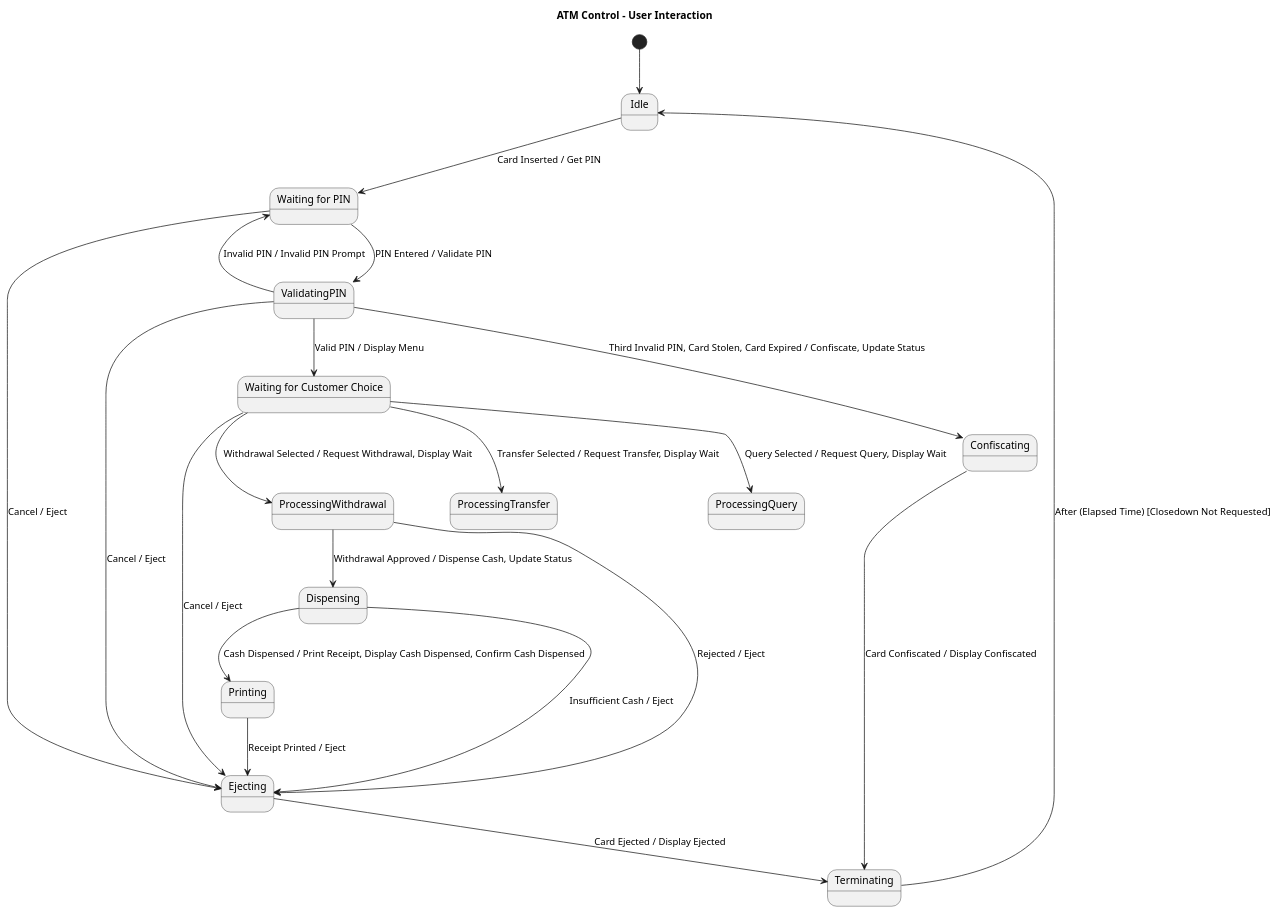
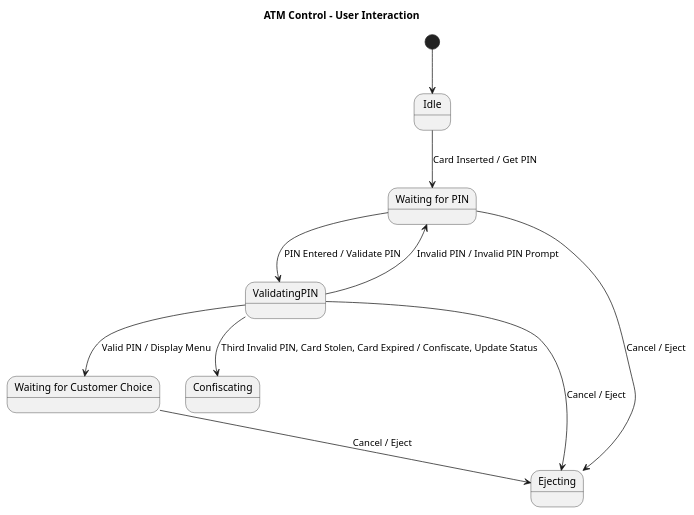
The diagram in results/plantuml_pipeline/runs/open_source__qwen25_7b_instruct__rag_validation_generator_critic_repair/case_70_atm_many_scenarios_7/run_01.initial.puml (maimunafaria/State_transition_Diagram_generated_by_LLM), drawn with PlantUML before and after one commit. The commit also changed 371 other files, not shown here.

```diff
--- a/results/plantuml_pipeline/runs/open_source__qwen25_7b_instruct__rag_validation_generator_critic_repair/case_70_atm_many_scenarios_7/run_01.initial.puml
+++ b/results/plantuml_pipeline/runs/open_source__qwen25_7b_instruct__rag_validation_generator_critic_repair/case_70_atm_many_scenarios_7/run_01.initial.puml
@@ -1,43 +1,25 @@
 @startuml
 title ATM Control - User Interaction
 
 [*] --> Idle
 
 state Idle
 state "Waiting for PIN" as WaitingForPIN
 state ValidatingPIN
 state "Waiting for Customer Choice" as WaitingForChoice
 state Confiscating
 state Ejecting
 
 Idle --> WaitingForPIN : Card Inserted / Get PIN
 
 WaitingForPIN --> ValidatingPIN : PIN Entered / Validate PIN
 ValidatingPIN --> WaitingForPIN : Invalid PIN / Invalid PIN Prompt
+ValidatingPIN --> Confiscating : Third Invalid PIN, Card Stolen, Card Expired / Confiscate, Update Status
+
 ValidatingPIN --> WaitingForChoice : Valid PIN / Display Menu
 
 WaitingForPIN --> Ejecting : Cancel / Eject
 ValidatingPIN --> Ejecting : Cancel / Eject
 WaitingForChoice --> Ejecting : Cancel / Eject
 
-ValidatingPIN --> Confiscating : Third Invalid PIN, Card Stolen, Card Expired / Confiscate, Update Status
-
-Confiscating --> Terminating : Card Confiscated / Display Confiscated
-
-Terminating --> Idle : After (Elapsed Time) [Closedown Not Requested]
-
-WaitingForChoice --> ProcessingWithdrawal : Withdrawal Selected / Request Withdrawal, Display Wait
-WaitingForChoice --> ProcessingTransfer : Transfer Selected / Request Transfer, Display Wait
-WaitingForChoice --> ProcessingQuery : Query Selected / Request Query, Display Wait
-
-ProcessingWithdrawal --> Dispensing : Withdrawal Approved / Dispense Cash, Update Status
-ProcessingWithdrawal --> Ejecting : Rejected / Eject
-
-Dispensing --> Printing : Cash Dispensed / Print Receipt, Display Cash Dispensed, Confirm Cash Dispensed
-Dispensing --> Ejecting : Insufficient Cash / Eject
-
-Printing --> Ejecting : Receipt Printed / Eject
-
-Ejecting --> Terminating : Card Ejected / Display Ejected
-
 @enduml
```
